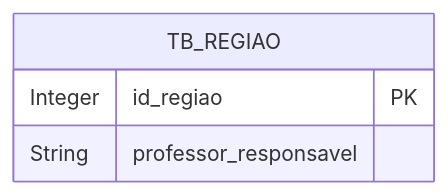
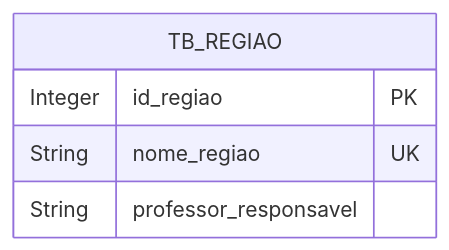
The diagram in diagramas/kaike/diagrama_regiao.mmd (Werney-FAESA/4HC1-Banco-de-Dados_Trabalho-C2_POKEDEX), drawn with Mermaid before and after one commit.

Commit message:
Adicionar restrição de unicidade para o campo nome_regiao na tabela TB_REGIAO

```diff
--- a/diagramas/kaike/diagrama_regiao.mmd
+++ b/diagramas/kaike/diagrama_regiao.mmd
@@ -1,5 +1,6 @@
 erDiagram
     TB_REGIAO {
         Integer id_regiao PK
+        String nome_regiao UK
         String professor_responsavel
     }
```
